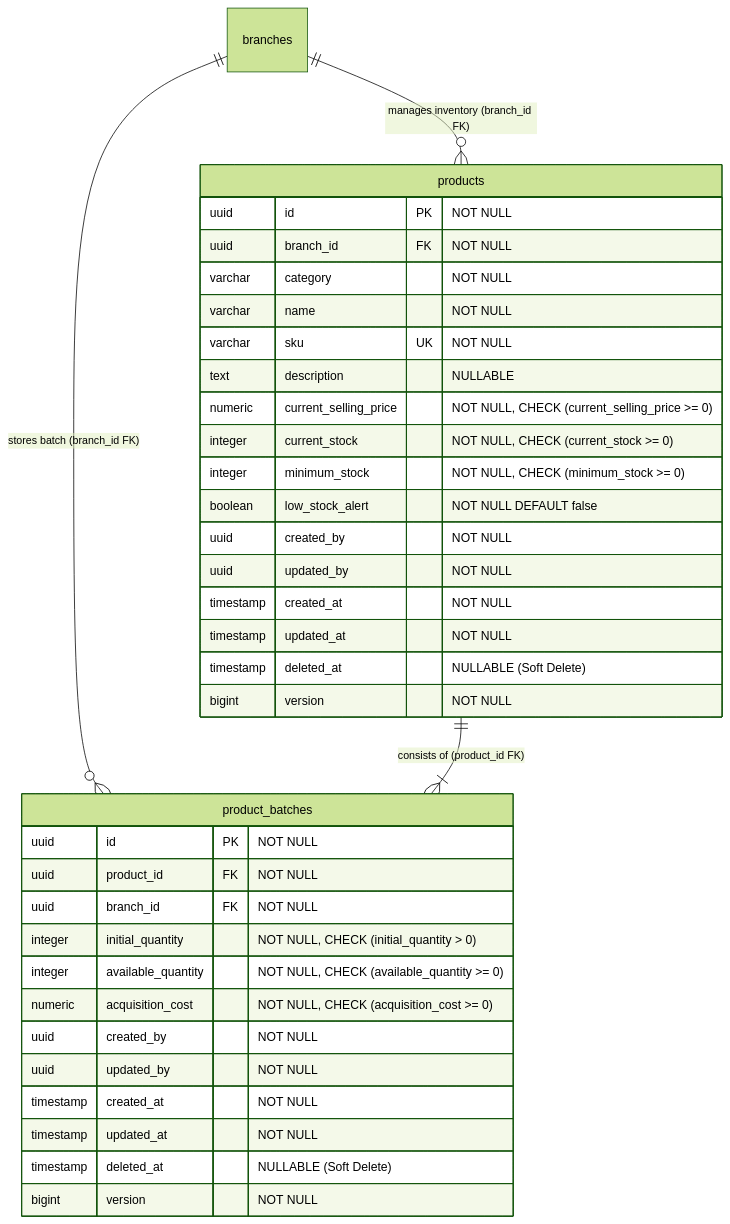
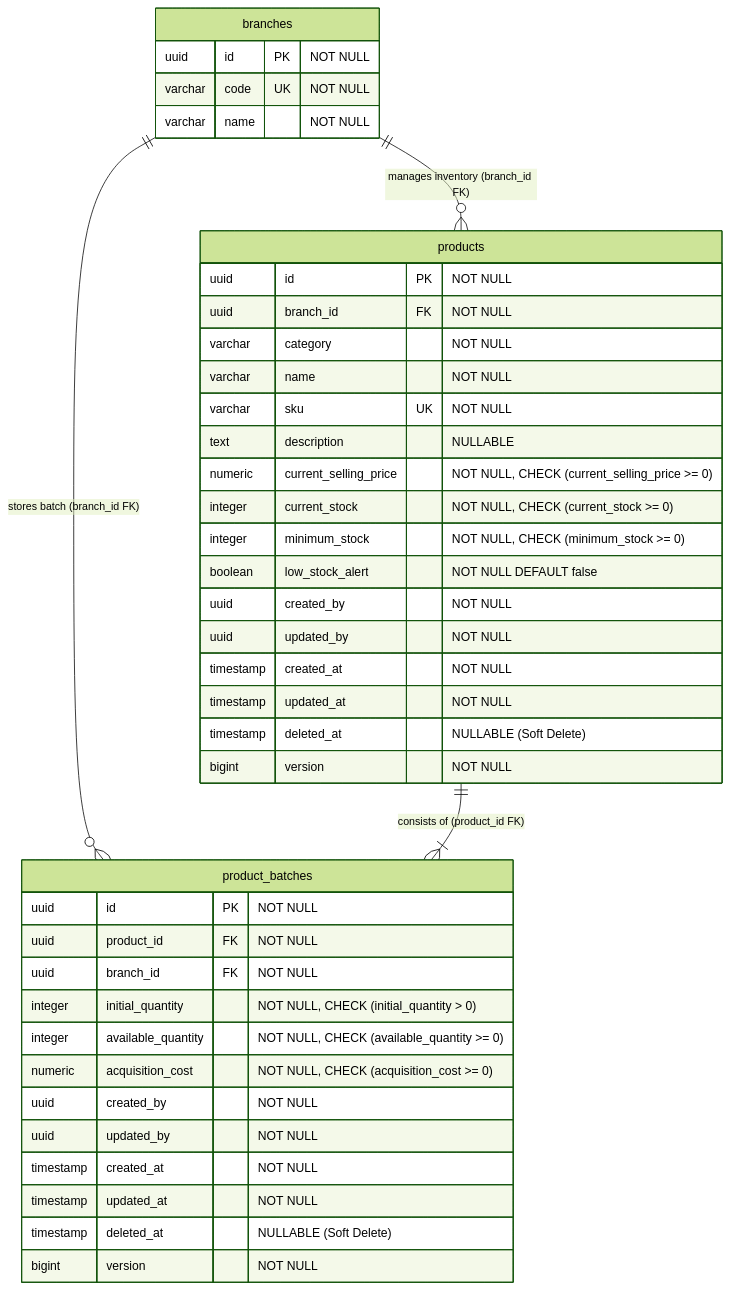
Before and after one commit to tux-logic/shiftiq-platform: the seventh of 7 diagrams in docs/inventory-bounded-context-dictionary.md, drawn with Mermaid (forest theme). The commit also changed other lines of this file, not shown here.

Commit message:
docs(inventory): align domain layer specifications and UML diagrams with Java code.

````diff
--- a/docs/inventory-bounded-context-dictionary.md
+++ b/docs/inventory-bounded-context-dictionary.md
@@ -542,40 +600,46 @@
 ```mermaid
 erDiagram
     branches ||--o{ products : "manages inventory (branch_id FK)"
     branches ||--o{ product_batches : "stores batch (branch_id FK)"
     products ||--|{ product_batches : "consists of (product_id FK)"
+
+    branches {
+        uuid id PK "NOT NULL"
+        varchar code UK "NOT NULL"
+        varchar name "NOT NULL"
+    }
 
     products {
         uuid id PK "NOT NULL"
         uuid branch_id FK "NOT NULL"
         varchar category "NOT NULL"
         varchar name "NOT NULL"
         varchar sku UK "NOT NULL"
         text description "NULLABLE"
         numeric current_selling_price "NOT NULL, CHECK (current_selling_price >= 0)"
         integer current_stock "NOT NULL, CHECK (current_stock >= 0)"
         integer minimum_stock "NOT NULL, CHECK (minimum_stock >= 0)"
         boolean low_stock_alert "NOT NULL DEFAULT false"
         uuid created_by "NOT NULL"
         uuid updated_by "NOT NULL"
         timestamp created_at "NOT NULL"
         timestamp updated_at "NOT NULL"
         timestamp deleted_at "NULLABLE (Soft Delete)"
         bigint version "NOT NULL"
     }
 
     product_batches {
         uuid id PK "NOT NULL"
         uuid product_id FK "NOT NULL"
         uuid branch_id FK "NOT NULL"
         integer initial_quantity "NOT NULL, CHECK (initial_quantity > 0)"
         integer available_quantity "NOT NULL, CHECK (available_quantity >= 0)"
         numeric acquisition_cost "NOT NULL, CHECK (acquisition_cost >= 0)"
         uuid created_by "NOT NULL"
         uuid updated_by "NOT NULL"
         timestamp created_at "NOT NULL"
         timestamp updated_at "NOT NULL"
         timestamp deleted_at "NULLABLE (Soft Delete)"
         bigint version "NOT NULL"
     }
 ```
````
